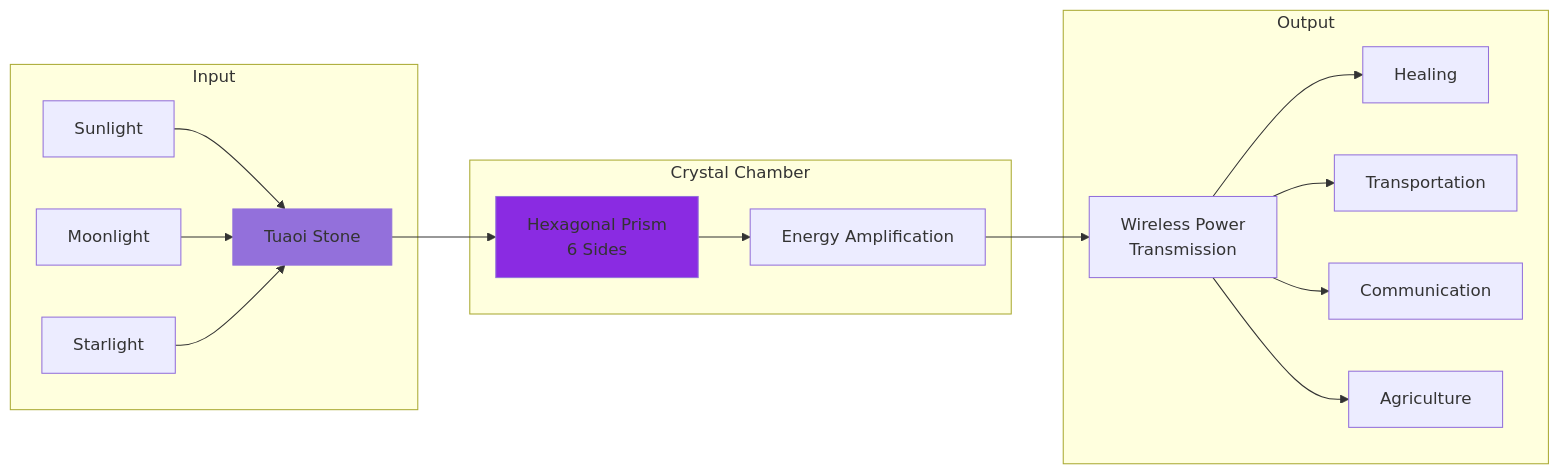
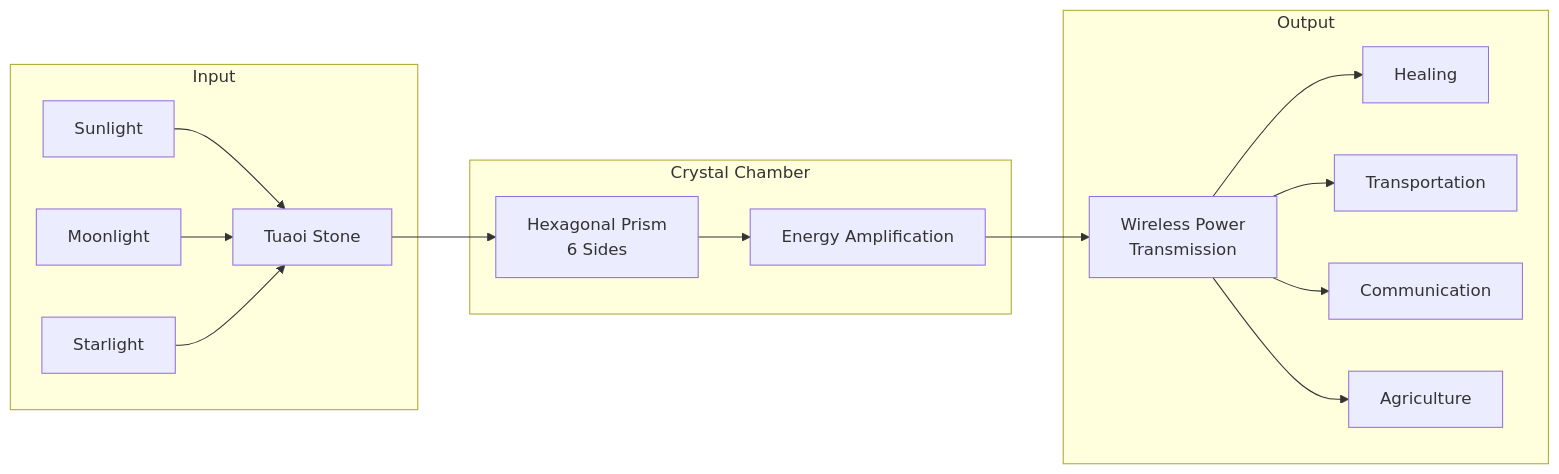
Before and after one commit to dyukahi/knowledge: the second of 5 diagrams in esoterica/Atlantis.md, drawn with Mermaid. The commit also changed other lines of this file, not shown here.

Commit message:
Fix: Remove custom colors from Mermaid diagrams in Atlantis

````diff
--- a/esoterica/Atlantis.md
+++ b/esoterica/Atlantis.md
@@ -98,24 +92,21 @@
 ```mermaid
 graph LR
     subgraph Input
         A[Sunlight] --> D[Tuaoi Stone]
         B[Moonlight] --> D
         C[Starlight] --> D
     end
     
     subgraph Crystal Chamber
         D --> E[Hexagonal Prism<br/>6 Sides]
         E --> F[Energy Amplification]
     end
     
     subgraph Output
         F --> G[Wireless Power<br/>Transmission]
         G --> H[Healing]
         G --> I[Transportation]
         G --> J[Communication]
         G --> K[Agriculture]
     end
-    
-    style D fill:#9370DB
-    style E fill:#8A2BE2
 ```
````
